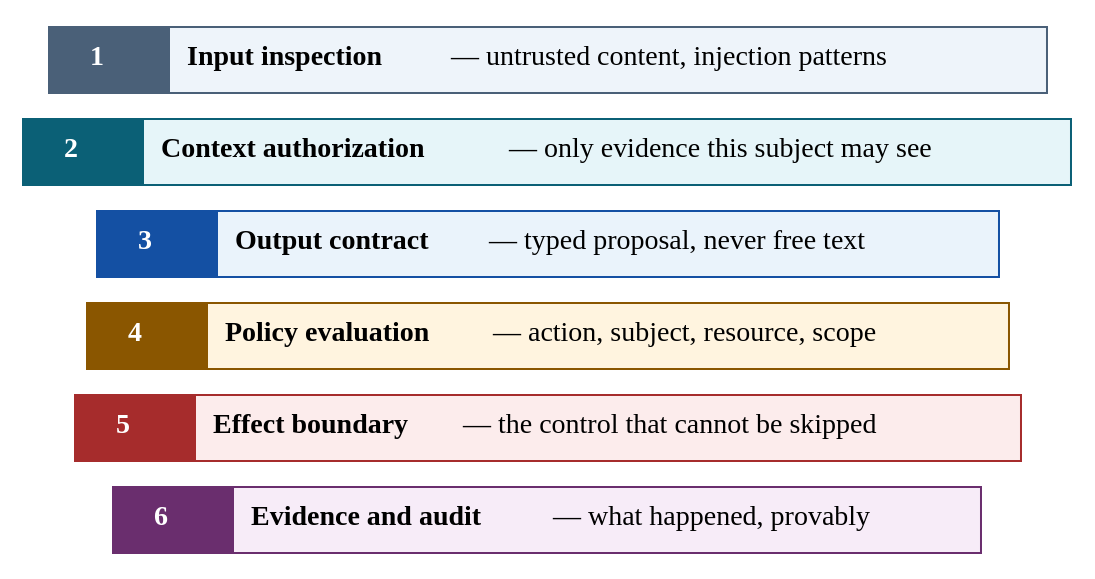
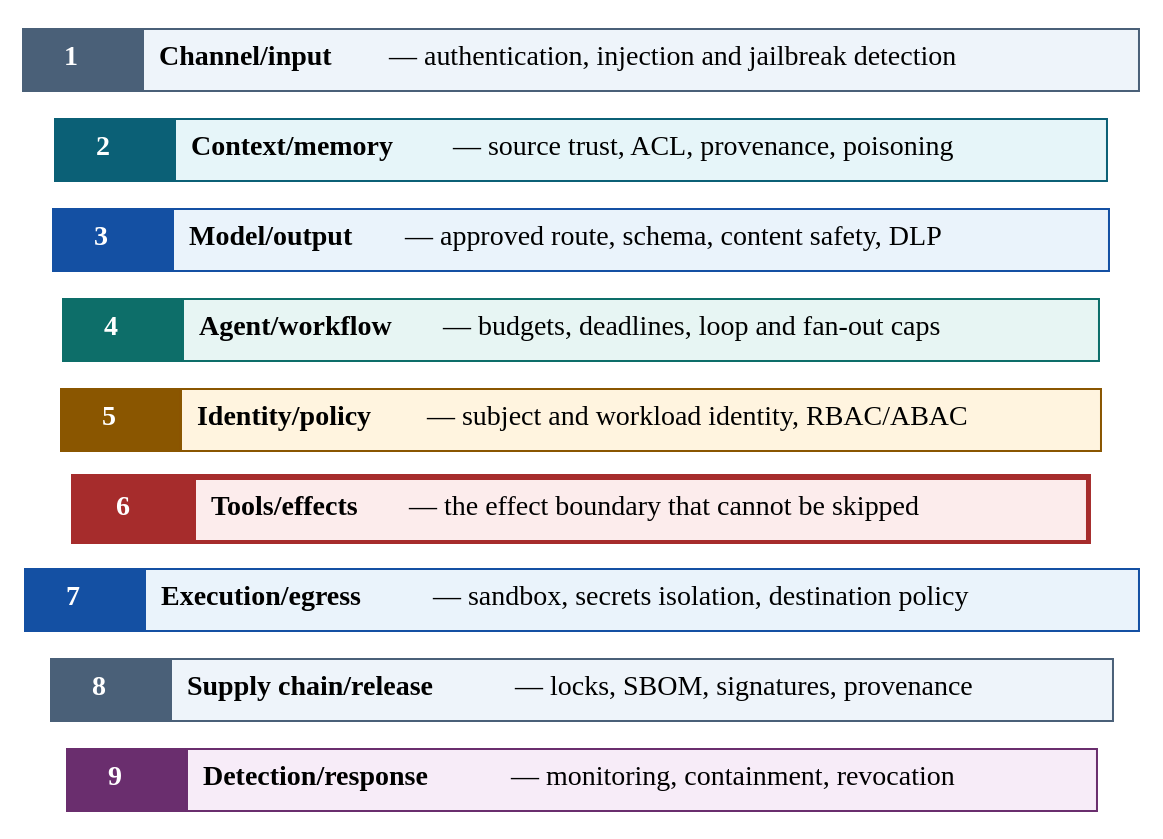
One commit to rrahimi-uci/building-enterprise-general-intelligence changed the diagram in assets/diagrams/src/security-depth.gv. Above: the diagram before and after it, drawn with Graphviz. The commit also changed 39 other files, not shown here.

```diff
--- a/assets/diagrams/src/security-depth.gv
+++ b/assets/diagrams/src/security-depth.gv
@@ -1,29 +1,39 @@
-// Figure 20-1 — Defense-in-depth guardrails architecture.
-// Message: no single control is trusted. Each layer assumes the one above it
-// failed, and the last one sits at the effect boundary where it cannot be skipped.
+// Figure 20-1 — Defense-in-depth layers.
+// Message: no single control is trusted. The nine layers match the table in
+// Chapter 20; each has its own control and evidence, and the tools/effects
+// layer is the effect boundary, which cannot be skipped.
 digraph security_depth {
   rankdir = TB
-  graph [ranksep=0.14]
+  graph [ranksep=0.12]
   node [shape=plaintext, style="", margin=0]
   edge [style=invis]
 
-  l1 [label=<<TABLE BORDER="0" CELLBORDER="1" CELLSPACING="0" CELLPADDING="8" COLOR="#4A6078" BGCOLOR="#EEF4FA">
+  l1 [label=<<TABLE BORDER="0" CELLBORDER="1" CELLSPACING="0" CELLPADDING="7" COLOR="#4A6078" BGCOLOR="#EEF4FA">
      <TR><TD WIDTH="60" BGCOLOR="#4A6078"><FONT COLOR="white"><B> 1 </B></FONT></TD>
-         <TD WIDTH="290" ALIGN="LEFT"><B>Input inspection</B> — untrusted content, injection patterns</TD></TR></TABLE>>]
-  l2 [label=<<TABLE BORDER="0" CELLBORDER="1" CELLSPACING="0" CELLPADDING="8" COLOR="#0B6076" BGCOLOR="#E6F5F9">
+         <TD WIDTH="330" ALIGN="LEFT"><B>Channel/input</B> — authentication, injection and jailbreak detection</TD></TR></TABLE>>]
+  l2 [label=<<TABLE BORDER="0" CELLBORDER="1" CELLSPACING="0" CELLPADDING="7" COLOR="#0B6076" BGCOLOR="#E6F5F9">
      <TR><TD WIDTH="60" BGCOLOR="#0B6076"><FONT COLOR="white"><B> 2 </B></FONT></TD>
-         <TD WIDTH="290" ALIGN="LEFT"><B>Context authorization</B> — only evidence this subject may see</TD></TR></TABLE>>]
-  l3 [label=<<TABLE BORDER="0" CELLBORDER="1" CELLSPACING="0" CELLPADDING="8" COLOR="#1450A3" BGCOLOR="#EAF3FB">
+         <TD WIDTH="330" ALIGN="LEFT"><B>Context/memory</B> — source trust, ACL, provenance, poisoning</TD></TR></TABLE>>]
+  l3 [label=<<TABLE BORDER="0" CELLBORDER="1" CELLSPACING="0" CELLPADDING="7" COLOR="#1450A3" BGCOLOR="#EAF3FB">
      <TR><TD WIDTH="60" BGCOLOR="#1450A3"><FONT COLOR="white"><B> 3 </B></FONT></TD>
-         <TD WIDTH="290" ALIGN="LEFT"><B>Output contract</B> — typed proposal, never free text</TD></TR></TABLE>>]
-  l4 [label=<<TABLE BORDER="0" CELLBORDER="1" CELLSPACING="0" CELLPADDING="8" COLOR="#8A5600" BGCOLOR="#FFF4DF">
-     <TR><TD WIDTH="60" BGCOLOR="#8A5600"><FONT COLOR="white"><B> 4 </B></FONT></TD>
-         <TD WIDTH="290" ALIGN="LEFT"><B>Policy evaluation</B> — action, subject, resource, scope</TD></TR></TABLE>>]
-  l5 [label=<<TABLE BORDER="0" CELLBORDER="1" CELLSPACING="0" CELLPADDING="8" COLOR="#A62C2C" BGCOLOR="#FCECEC">
-     <TR><TD WIDTH="60" BGCOLOR="#A62C2C"><FONT COLOR="white"><B> 5 </B></FONT></TD>
-         <TD WIDTH="290" ALIGN="LEFT"><B>Effect boundary</B> — the control that cannot be skipped</TD></TR></TABLE>>]
-  l6 [label=<<TABLE BORDER="0" CELLBORDER="1" CELLSPACING="0" CELLPADDING="8" COLOR="#6A2E6E" BGCOLOR="#F7ECF8">
-     <TR><TD WIDTH="60" BGCOLOR="#6A2E6E"><FONT COLOR="white"><B> 6 </B></FONT></TD>
-         <TD WIDTH="290" ALIGN="LEFT"><B>Evidence and audit</B> — what happened, provably</TD></TR></TABLE>>]
-  l1 -> l2 -> l3 -> l4 -> l5 -> l6
+         <TD WIDTH="330" ALIGN="LEFT"><B>Model/output</B> — approved route, schema, content safety, DLP</TD></TR></TABLE>>]
+  l4 [label=<<TABLE BORDER="0" CELLBORDER="1" CELLSPACING="0" CELLPADDING="7" COLOR="#0D6E69" BGCOLOR="#E7F5F3">
+     <TR><TD WIDTH="60" BGCOLOR="#0D6E69"><FONT COLOR="white"><B> 4 </B></FONT></TD>
+         <TD WIDTH="330" ALIGN="LEFT"><B>Agent/workflow</B> — budgets, deadlines, loop and fan-out caps</TD></TR></TABLE>>]
+  l5 [label=<<TABLE BORDER="0" CELLBORDER="1" CELLSPACING="0" CELLPADDING="7" COLOR="#8A5600" BGCOLOR="#FFF4DF">
+     <TR><TD WIDTH="60" BGCOLOR="#8A5600"><FONT COLOR="white"><B> 5 </B></FONT></TD>
+         <TD WIDTH="330" ALIGN="LEFT"><B>Identity/policy</B> — subject and workload identity, RBAC/ABAC</TD></TR></TABLE>>]
+  l6 [label=<<TABLE BORDER="2" CELLBORDER="1" CELLSPACING="0" CELLPADDING="7" COLOR="#A62C2C" BGCOLOR="#FCECEC">
+     <TR><TD WIDTH="60" BGCOLOR="#A62C2C"><FONT COLOR="white"><B> 6 </B></FONT></TD>
+         <TD WIDTH="330" ALIGN="LEFT"><B>Tools/effects</B> — the effect boundary that cannot be skipped</TD></TR></TABLE>>]
+  l7 [label=<<TABLE BORDER="0" CELLBORDER="1" CELLSPACING="0" CELLPADDING="7" COLOR="#1450A3" BGCOLOR="#EAF3FB">
+     <TR><TD WIDTH="60" BGCOLOR="#1450A3"><FONT COLOR="white"><B> 7 </B></FONT></TD>
+         <TD WIDTH="330" ALIGN="LEFT"><B>Execution/egress</B> — sandbox, secrets isolation, destination policy</TD></TR></TABLE>>]
+  l8 [label=<<TABLE BORDER="0" CELLBORDER="1" CELLSPACING="0" CELLPADDING="7" COLOR="#4A6078" BGCOLOR="#EEF4FA">
+     <TR><TD WIDTH="60" BGCOLOR="#4A6078"><FONT COLOR="white"><B> 8 </B></FONT></TD>
+         <TD WIDTH="330" ALIGN="LEFT"><B>Supply chain/release</B> — locks, SBOM, signatures, provenance</TD></TR></TABLE>>]
+  l9 [label=<<TABLE BORDER="0" CELLBORDER="1" CELLSPACING="0" CELLPADDING="7" COLOR="#6A2E6E" BGCOLOR="#F7ECF8">
+     <TR><TD WIDTH="60" BGCOLOR="#6A2E6E"><FONT COLOR="white"><B> 9 </B></FONT></TD>
+         <TD WIDTH="330" ALIGN="LEFT"><B>Detection/response</B> — monitoring, containment, revocation</TD></TR></TABLE>>]
+  l1 -> l2 -> l3 -> l4 -> l5 -> l6 -> l7 -> l8 -> l9
 }
```
